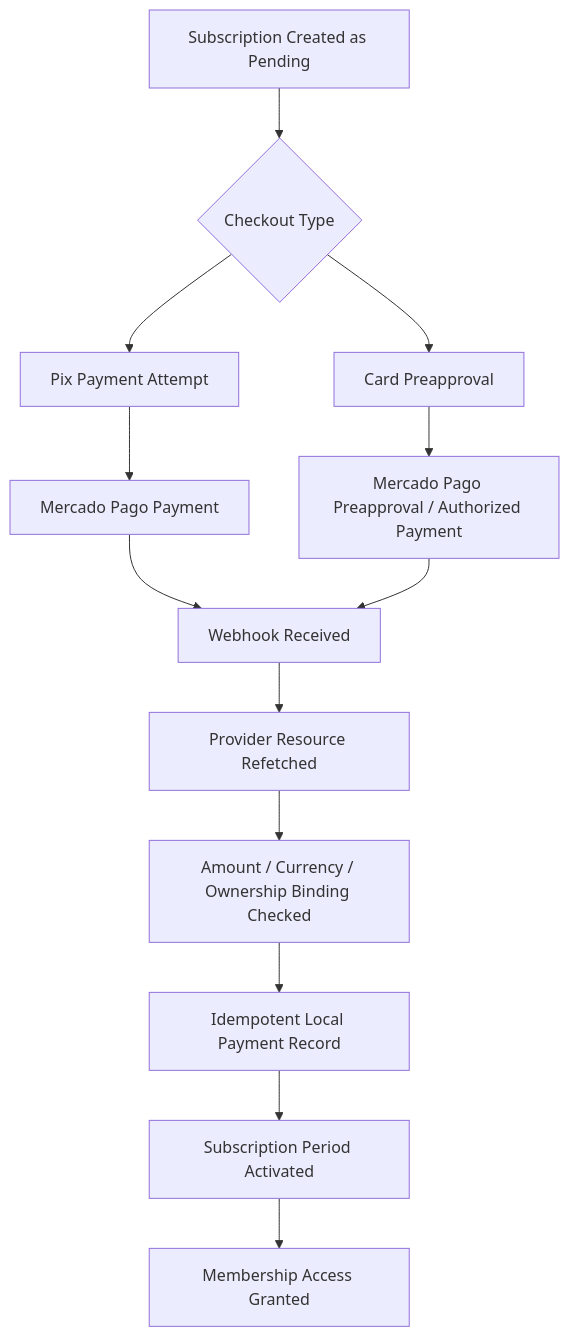
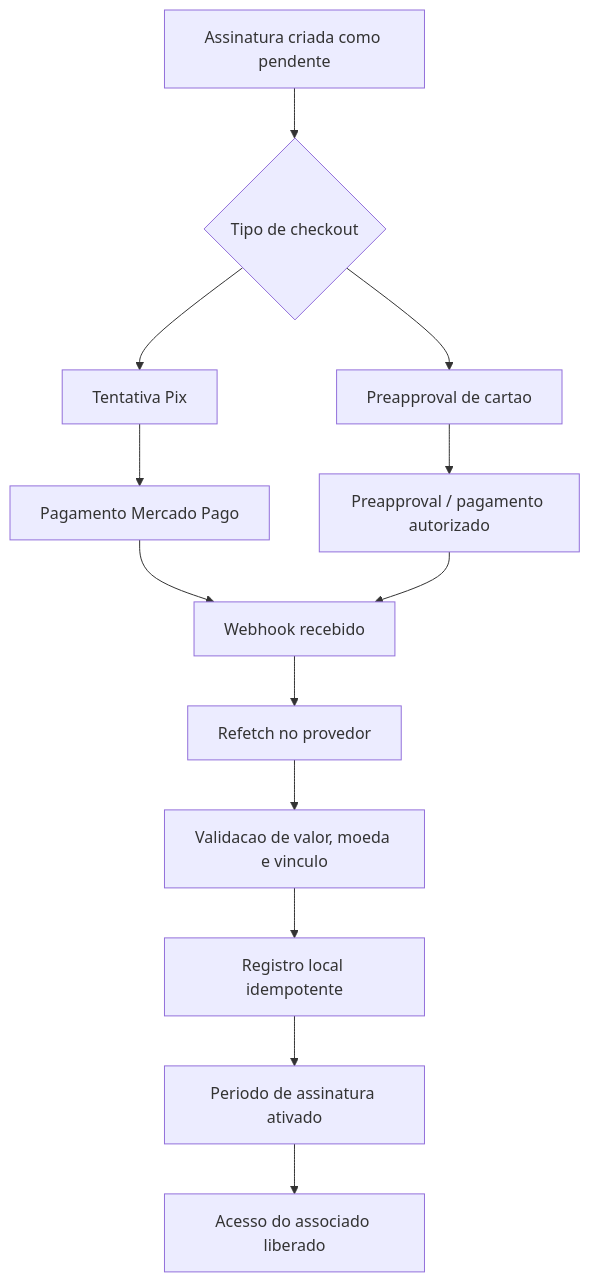
Before and after one commit to filpe19/club-pass-belem-case-study: the third of 4 diagrams in README.md, drawn with Mermaid. The commit also changed other lines of this file, not shown here.

````diff
--- a/README.md
+++ b/README.md
@@ -171,15 +142,15 @@
 ```mermaid
 flowchart TB
-    A[Subscription Created as Pending] --> B{Checkout Type}
-    B --> C[Pix Payment Attempt]
-    B --> D[Card Preapproval]
-    C --> E[Mercado Pago Payment]
-    D --> F[Mercado Pago Preapproval / Authorized Payment]
-    E --> G[Webhook Received]
+    A[Assinatura criada como pendente] --> B{Tipo de checkout}
+    B --> C[Tentativa Pix]
+    B --> D[Preapproval de cartao]
+    C --> E[Pagamento Mercado Pago]
+    D --> F[Preapproval / pagamento autorizado]
+    E --> G[Webhook recebido]
     F --> G
-    G --> H[Provider Resource Refetched]
-    H --> I[Amount / Currency / Ownership Binding Checked]
-    I --> J[Idempotent Local Payment Record]
-    J --> K[Subscription Period Activated]
-    K --> L[Membership Access Granted]
+    G --> H[Refetch no provedor]
+    H --> I[Validacao de valor, moeda e vinculo]
+    I --> J[Registro local idempotente]
+    J --> K[Periodo de assinatura ativado]
+    K --> L[Acesso do associado liberado]
 ```
````
